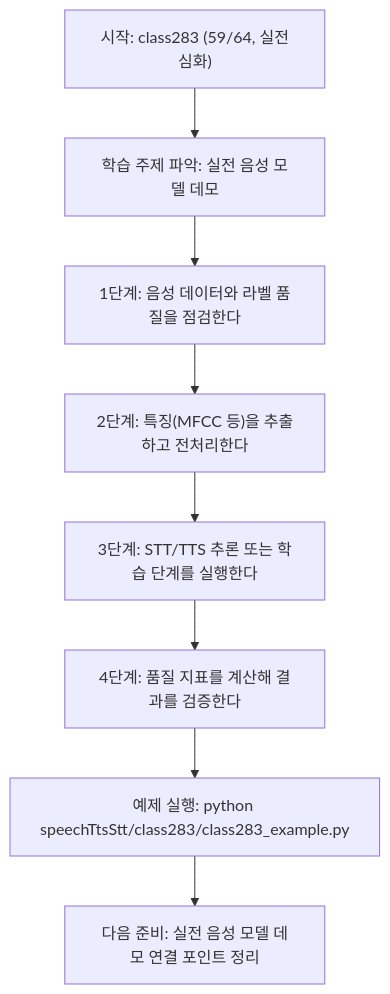
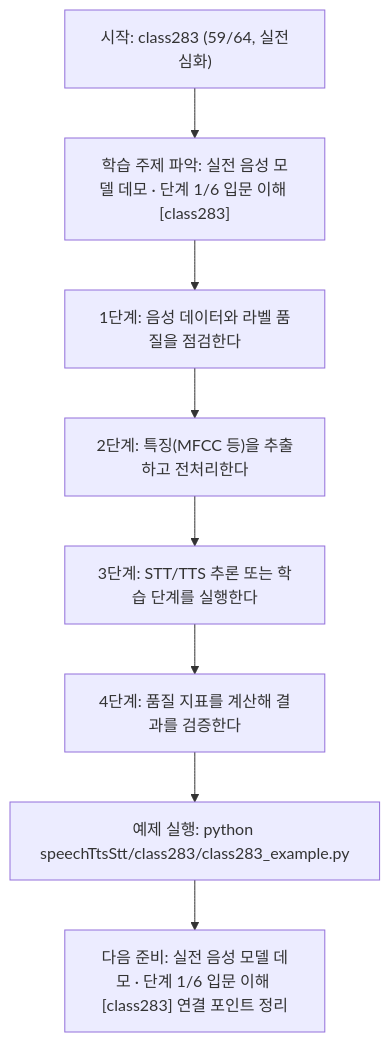
One commit to edumgt/Python-AI_Agent-Class changed the diagram in speechTtsStt/class283/class283.md. Above: the diagram before and after it, drawn with Mermaid. The commit also changed other lines of this file and 522 other files, not shown here.

````diff
--- a/speechTtsStt/class283/class283.md
+++ b/speechTtsStt/class283/class283.md
@@ -114,18 +115,18 @@
 ```mermaid
 flowchart TD
 N1["시작: class283 (59/64, 실전심화)"]
-N2["학습 주제 파악: 실전 음성 모델 데모"]
+N2["학습 주제 파악: 실전 음성 모델 데모 · 단계 1/6 입문 이해 [class283]"]
 N3["1단계: 음성 데이터와 라벨 품질을 점검한다"]
 N4["2단계: 특징(MFCC 등)을 추출하고 전처리한다"]
 N5["3단계: STT/TTS 추론 또는 학습 단계를 실행한다"]
 N6["4단계: 품질 지표를 계산해 결과를 검증한다"]
 N7["예제 실행: python speechTtsStt/class283/class283_example.py"]
-N8["다음 준비: 실전 음성 모델 데모 연결 포인트 정리"]
+N8["다음 준비: 실전 음성 모델 데모 · 단계 1/6 입문 이해 [class283] 연결 포인트 정리"]
 N1 --> N2
 N2 --> N3
 N3 --> N4
 N4 --> N5
 N5 --> N6
 N6 --> N7
 N7 --> N8
 ```
````
